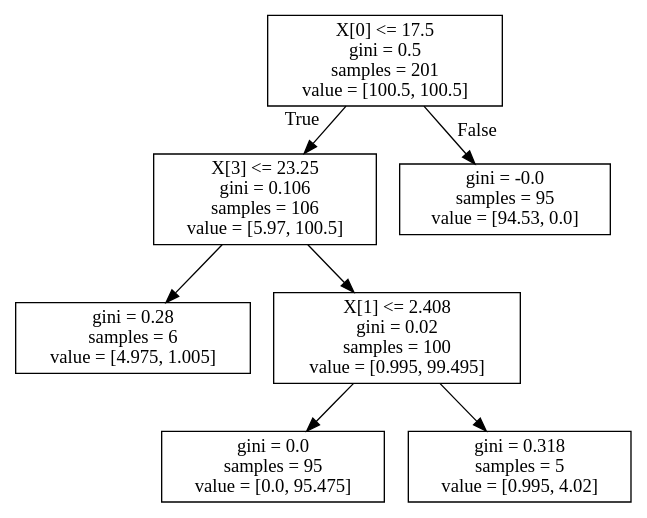
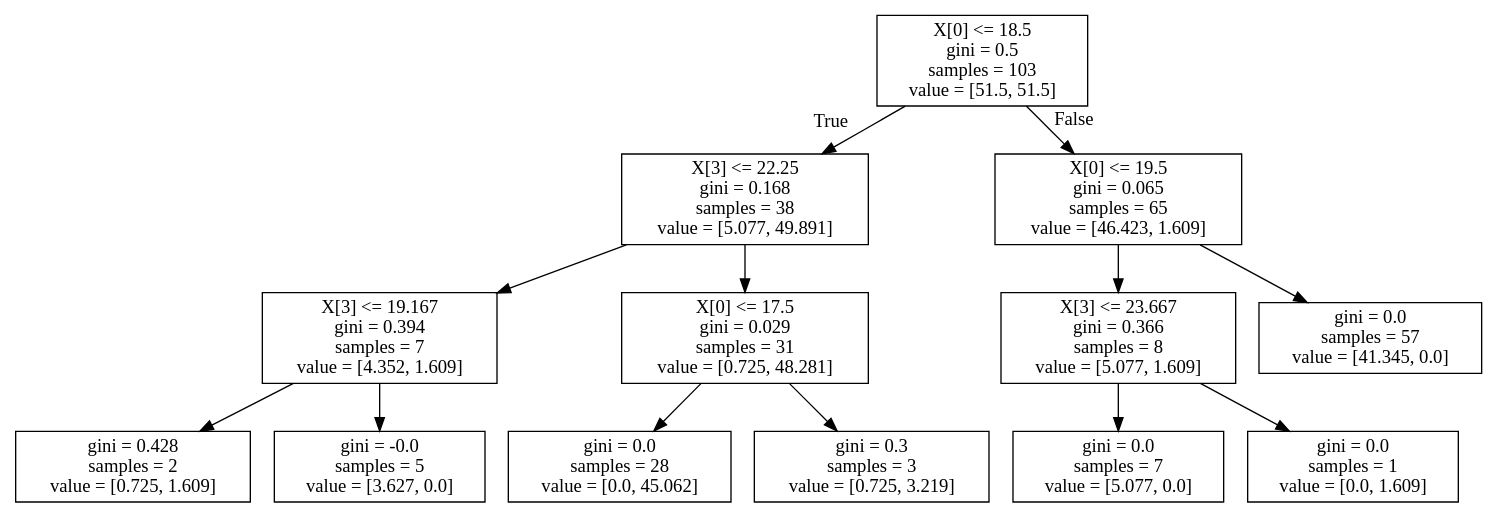
The diagram in examples/iris.dot (grid-eye/Fall-Detection), drawn with Graphviz before and after one commit. The commit also changed 11 other files, not shown here.

```diff
--- a/examples/iris.dot
+++ b/examples/iris.dot
@@ -1,16 +1,28 @@
 digraph Tree {
 node [shape=box] ;
-0 [label="X[0] <= 17.5\ngini = 0.5\nsamples = 201\nvalue = [100.5, 100.5]"] ;
-1 [label="X[3] <= 23.25\ngini = 0.106\nsamples = 106\nvalue = [5.97, 100.5]"] ;
+0 [label="X[0] <= 18.5\ngini = 0.5\nsamples = 103\nvalue = [51.5, 51.5]"] ;
+1 [label="X[3] <= 22.25\ngini = 0.168\nsamples = 38\nvalue = [5.077, 49.891]"] ;
 0 -> 1 [labeldistance=2.5, labelangle=45, headlabel="True"] ;
-2 [label="gini = 0.28\nsamples = 6\nvalue = [4.975, 1.005]"] ;
+2 [label="X[3] <= 19.167\ngini = 0.394\nsamples = 7\nvalue = [4.352, 1.609]"] ;
 1 -> 2 ;
-3 [label="X[1] <= 2.408\ngini = 0.02\nsamples = 100\nvalue = [0.995, 99.495]"] ;
-1 -> 3 ;
-4 [label="gini = 0.0\nsamples = 95\nvalue = [0.0, 95.475]"] ;
-3 -> 4 ;
-5 [label="gini = 0.318\nsamples = 5\nvalue = [0.995, 4.02]"] ;
-3 -> 5 ;
-6 [label="gini = -0.0\nsamples = 95\nvalue = [94.53, 0.0]"] ;
-0 -> 6 [labeldistance=2.5, labelangle=-45, headlabel="False"] ;
+3 [label="gini = 0.428\nsamples = 2\nvalue = [0.725, 1.609]"] ;
+2 -> 3 ;
+4 [label="gini = -0.0\nsamples = 5\nvalue = [3.627, 0.0]"] ;
+2 -> 4 ;
+5 [label="X[0] <= 17.5\ngini = 0.029\nsamples = 31\nvalue = [0.725, 48.281]"] ;
+1 -> 5 ;
+6 [label="gini = 0.0\nsamples = 28\nvalue = [0.0, 45.062]"] ;
+5 -> 6 ;
+7 [label="gini = 0.3\nsamples = 3\nvalue = [0.725, 3.219]"] ;
+5 -> 7 ;
+8 [label="X[0] <= 19.5\ngini = 0.065\nsamples = 65\nvalue = [46.423, 1.609]"] ;
+0 -> 8 [labeldistance=2.5, labelangle=-45, headlabel="False"] ;
+9 [label="X[3] <= 23.667\ngini = 0.366\nsamples = 8\nvalue = [5.077, 1.609]"] ;
+8 -> 9 ;
+10 [label="gini = 0.0\nsamples = 7\nvalue = [5.077, 0.0]"] ;
+9 -> 10 ;
+11 [label="gini = 0.0\nsamples = 1\nvalue = [0.0, 1.609]"] ;
+9 -> 11 ;
+12 [label="gini = 0.0\nsamples = 57\nvalue = [41.345, 0.0]"] ;
+8 -> 12 ;
 }
```
